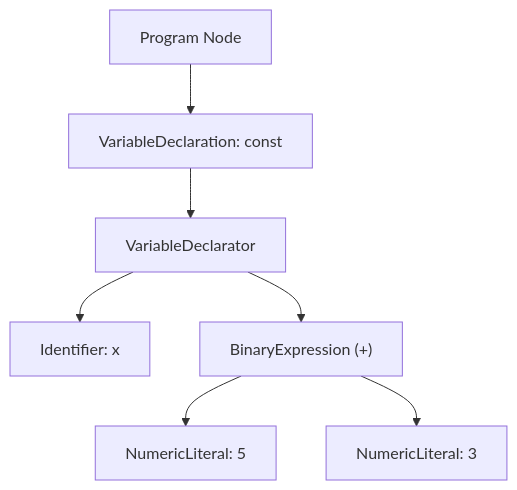
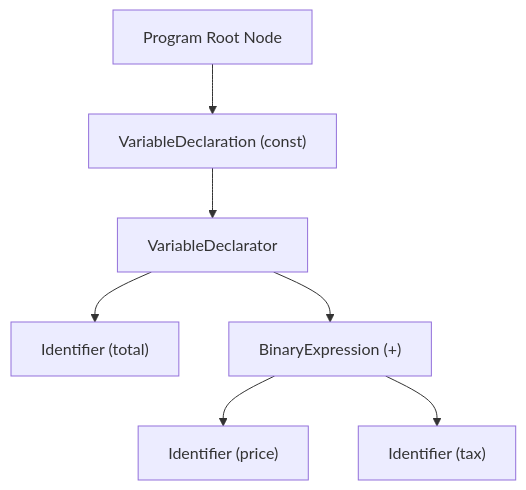
The second of 4 diagrams in js-internals/02-parsing-and-ast.md (Amie-dev/engineering-playbook), drawn with Mermaid before and after one commit. The commit also changed other lines of this file and 17 other files, not shown here.

````diff
--- a/js-internals/02-parsing-and-ast.md
+++ b/js-internals/02-parsing-and-ast.md
@@ -76,9 +37,9 @@
 ```mermaid
 graph TD
-    Program[Program Node] --> VarDecl[VariableDeclaration: const]
-    VarDecl --> VarDeclarator[VariableDeclarator]
-    VarDeclarator --> Id[Identifier: x]
-    VarDeclarator --> BinExpr["BinaryExpression (+)"]
-    BinExpr --> Left[NumericLiteral: 5]
-    BinExpr --> Right[NumericLiteral: 3]
+    Program["Program Root Node"] --> VarDecl["VariableDeclaration (const)"]
+    VarDecl --> Declarator["VariableDeclarator"]
+    Declarator --> Id["Identifier (total)"]
+    Declarator --> Init["BinaryExpression (+)"]
+    Init --> Left["Identifier (price)"]
+    Init --> Right["Identifier (tax)"]
 ```
````
